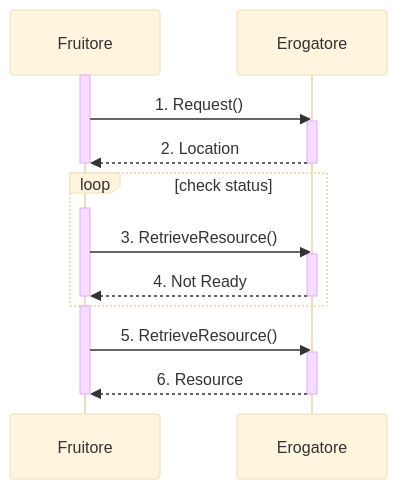
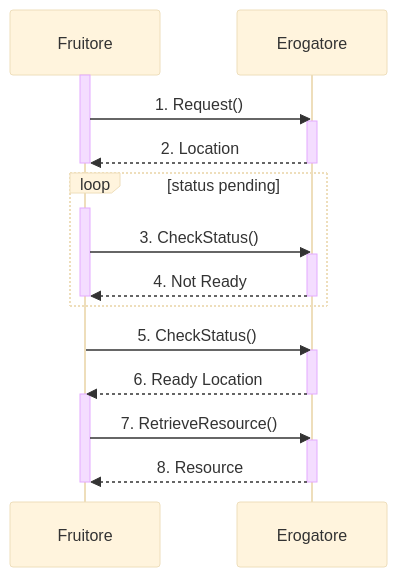
The second of 3 diagrams in doc/profili-di-interazione/profili-non-bloccanti.rst (italia/lg-modellointeroperabilita-docs), drawn with Mermaid (base theme) before and after one commit. The commit also changed other lines of this file and 2 other files, not shown here.

Commit message:
refactoring rest pull & minor fix on crud

```diff
--- a/doc/profili-di-interazione/profili-non-bloccanti.rst
+++ b/doc/profili-di-interazione/profili-non-bloccanti.rst
@@ -481,27 +481,33 @@
 .. mermaid::
    :caption: Interazione non bloccante tramite busy waiting
    :alt: Interazione non bloccante tramite busy waiting
 
    sequenceDiagram
-        participant F as Fruitore
-        participant E as Erogatore
-        activate F
-        F ->> E: 1. Request()
-        activate E
-        E -->>F: 2. Location
-        deactivate F
-        deactivate E
-        loop check status
-        activate F
-        F ->>E: 3. RetrieveResource()
-        activate E
-        E-->> F : 4. Not Ready
-        deactivate F
-        deactivate E
-        end
-        activate F
-        F ->>E: 5. RetrieveResource()
-        activate E
-        E-->> F : 6. Resource
-        deactivate F
-        deactivate E
+       participant F as Fruitore
+       participant E as Erogatore
+       activate F
+       F ->> E: 1. Request()
+       activate E
+       E -->>F: 2. Location
+       deactivate F
+       deactivate E
+       loop status pending
+       activate F
+       F ->>E: 3. CheckStatus()
+       activate E
+       E-->> F : 4. Not Ready
+       deactivate F
+       deactivate E
+       end
+
+       F ->>E: 5. CheckStatus()
+       activate E
+       E-->> F : 6. Ready Location
+       deactivate E
+
+       activate F
+       F ->>E: 7. RetrieveResource()
+       activate E
+       E-->> F : 8. Resource
+       deactivate F
+       deactivate E
```
